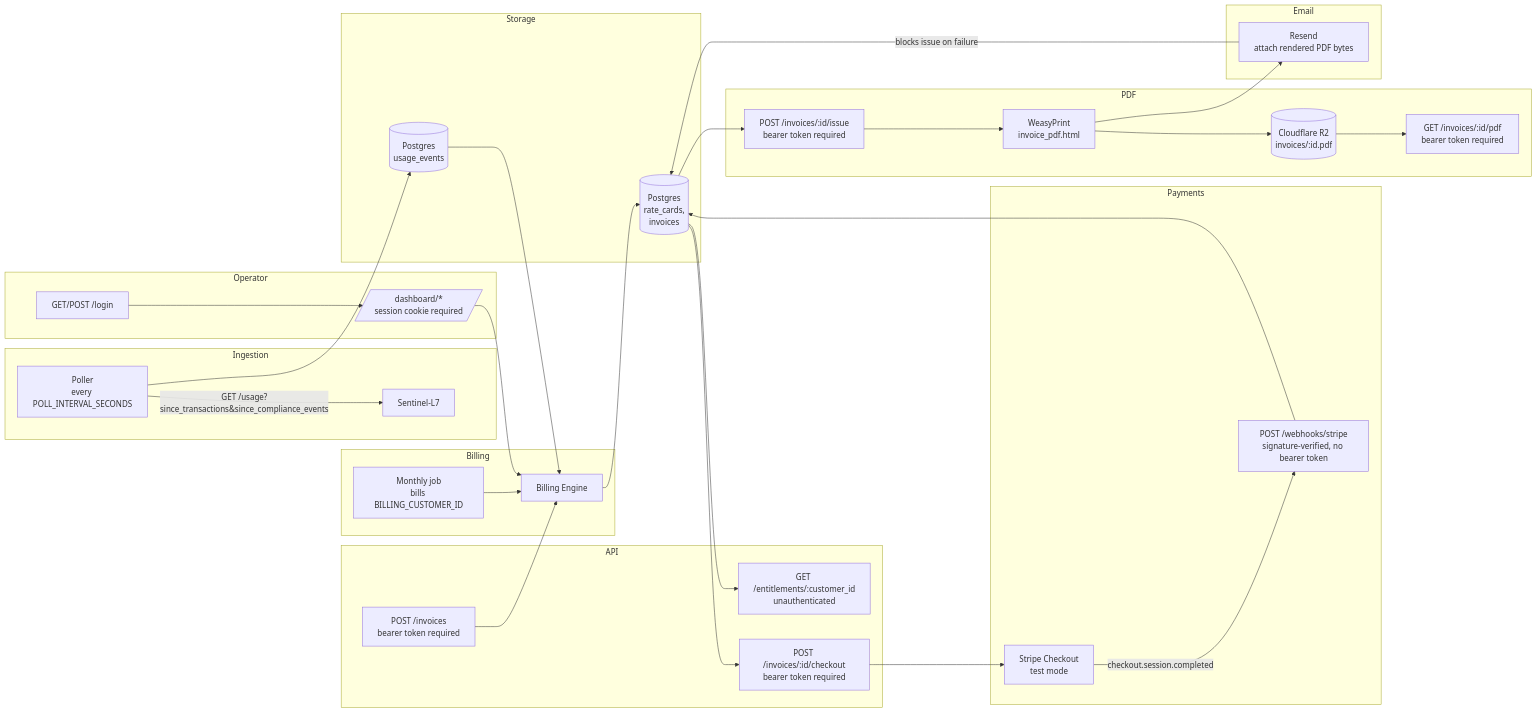
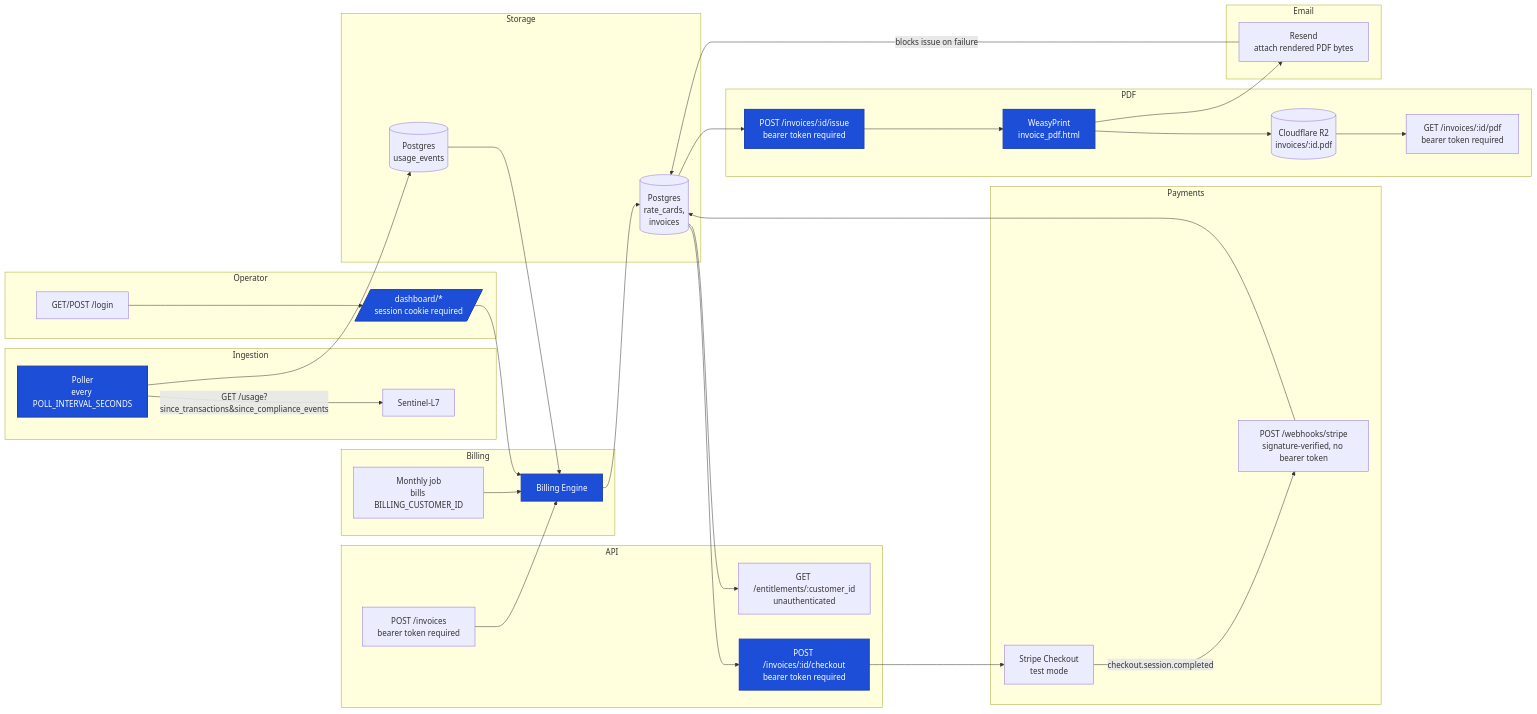
The second of 2 diagrams in README.md (obrienma/Ledger-L5), drawn with Mermaid before and after one commit. The commit also changed other lines of this file and 1 other file, not shown here.

````diff
--- a/README.md
+++ b/README.md
@@ -102,54 +121,64 @@
 ```mermaid
 flowchart LR
     subgraph Ingestion
         A[Poller<br/>every POLL_INTERVAL_SECONDS] -->|GET /usage?since_transactions&since_compliance_events| B[Sentinel-L7]
     end
     subgraph Storage
         C[(Postgres<br/>usage_events)]
         D[(Postgres<br/>rate_cards,<br/>invoices)]
     end
     subgraph Billing
         E[Billing Engine]
         M[Monthly job<br/>bills BILLING_CUSTOMER_ID]
     end
     subgraph API
         F[GET /entitlements/:customer_id<br/>unauthenticated]
         G[POST /invoices<br/>bearer token required]
         H[POST /invoices/:id/checkout<br/>bearer token required]
     end
     subgraph Operator
         L[GET/POST /login]
         Dash[/dashboard/*<br/>session cookie required/]
     end
     subgraph Payments
         S[Stripe Checkout<br/>test mode]
         W[POST /webhooks/stripe<br/>signature-verified, no bearer token]
     end
     subgraph PDF
         I[POST /invoices/:id/issue<br/>bearer token required]
         WP[WeasyPrint<br/>invoice_pdf.html]
         R2[(Cloudflare R2<br/>invoices/:id.pdf)]
         DL[GET /invoices/:id/pdf<br/>bearer token required]
     end
     subgraph Email
         RS[Resend<br/>attach rendered PDF bytes]
     end
     A --> C
     C --> E
     M --> E
     E --> D
     D --> F
     G --> E
     L --> Dash
     Dash --> E
     D --> H
     H --> S
     S -->|checkout.session.completed| W
     W --> D
     D --> I
     I --> WP
     WP --> R2
     WP --> RS
     RS -->|blocks issue on failure| D
     R2 --> DL
+
+    click A "https://github.com/obrienma/Ledger-L5/tree/master/app/services/usage_poller.py" "usage_poller.py"
+    click E "https://github.com/obrienma/Ledger-L5/tree/master/app/services/billing.py" "billing.py"
+    click H "https://github.com/obrienma/Ledger-L5/tree/master/app/services/payments.py" "payments.py"
+    click I "https://github.com/obrienma/Ledger-L5/tree/master/app/services/invoice_issuance.py" "invoice_issuance.py"
+    click WP "https://github.com/obrienma/Ledger-L5/tree/master/app/services/invoice_pdf.py" "invoice_pdf.py"
+    click Dash "https://github.com/obrienma/Ledger-L5/tree/master/app/web/dashboard.py" "dashboard.py"
+
+    classDef clickable fill:#1d4ed8,stroke:#1e40af,stroke-width:2px,color:#ffffff
+    class A,E,H,I,WP,Dash clickable
 ```
````
